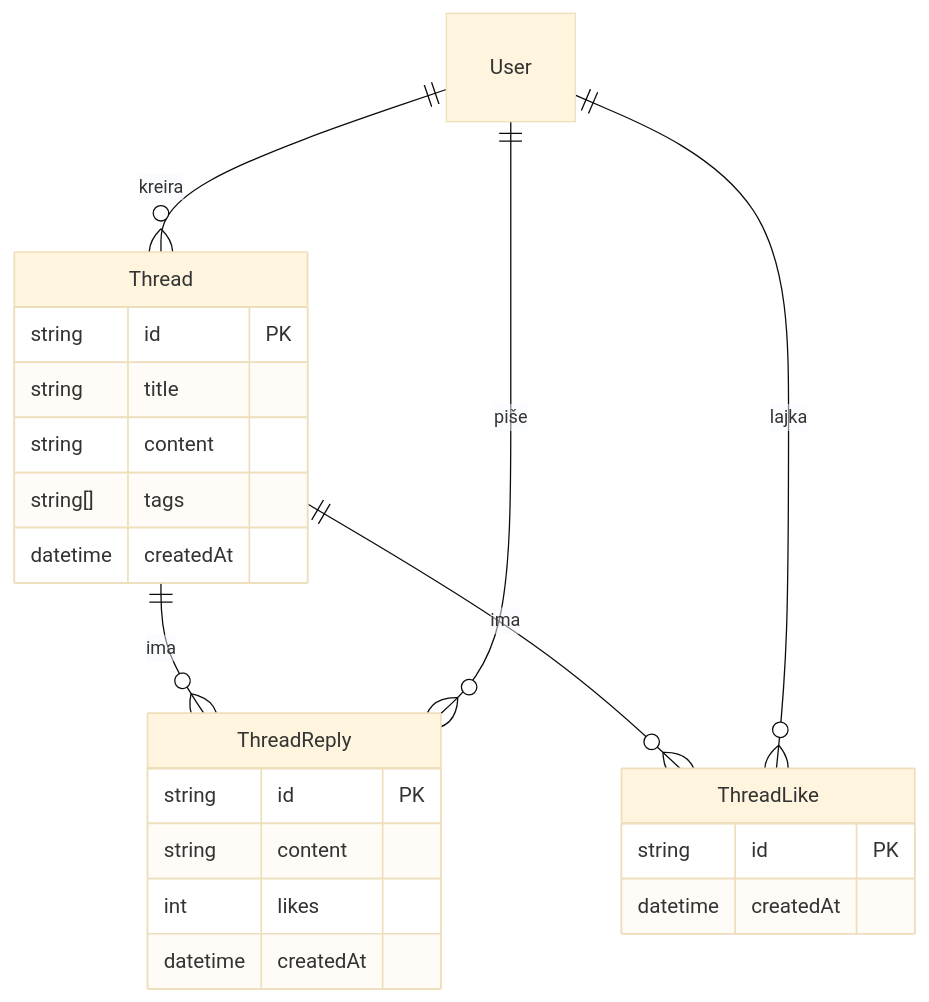
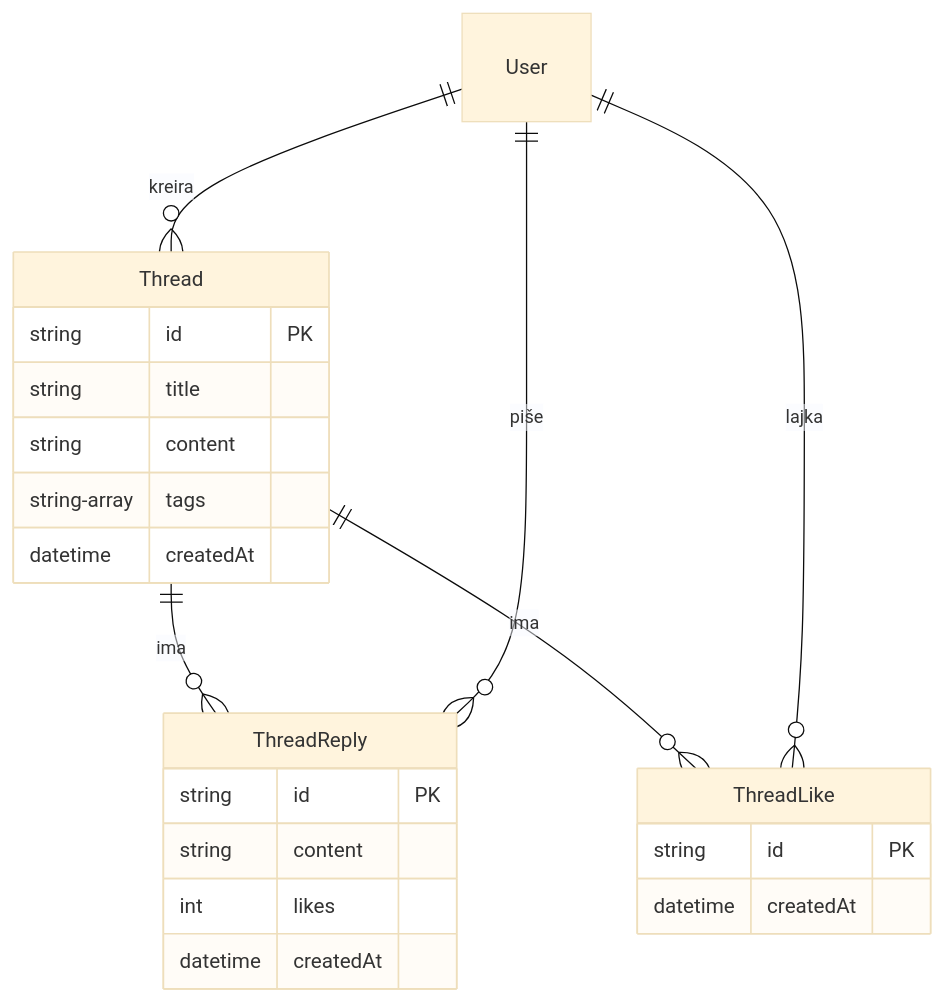
One commit to Cloudzz-dev/razvoj-softvera changed the fifth of 15 diagrams in README.md. Above: the diagram before and after it, drawn with Mermaid (base theme). The commit also changed other lines of this file and 3 other files, not shown here.

````diff
--- a/README.md
+++ b/README.md
@@ -336,28 +336,28 @@
 ```mermaid
 erDiagram
     Thread ||--o{ ThreadReply : "ima"
     Thread ||--o{ ThreadLike : "ima"
     User ||--o{ Thread : "kreira"
     User ||--o{ ThreadReply : "piše"
     User ||--o{ ThreadLike : "lajka"
     
     Thread {
         string id PK
         string title
         string content
-        string[] tags
+        string-array tags
         datetime createdAt
     }
     
     ThreadReply {
         string id PK
         string content
         int likes
         datetime createdAt
     }
     
     ThreadLike {
         string id PK
         datetime createdAt
     }
 ```
````
